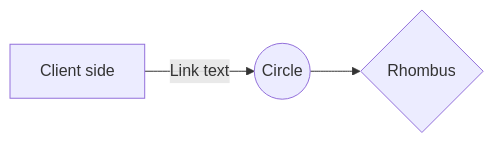
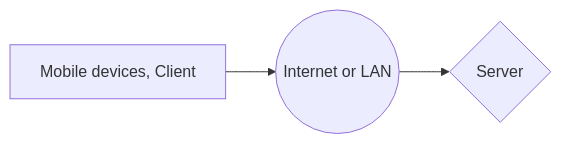
Before and after one commit to LooDaHu/Remote-File-Explorer: the first of 3 diagrams in Welcome file.md, drawn with Mermaid. The commit also changed other lines of this file, not shown here.

Commit message:
Welcome file.md updated from https://stackedit.io/

````diff
--- a/Welcome file.md
+++ b/Welcome file.md
@@ -8,5 +8,5 @@
 ```mermaid
 graph LR
-A[Client side] -- Link text --> B((Circle))
-B --> D{Rhombus}
+A[Mobile devices, Client] --> B((Internet or LAN))
+B --> D{Server}
 ```
````
